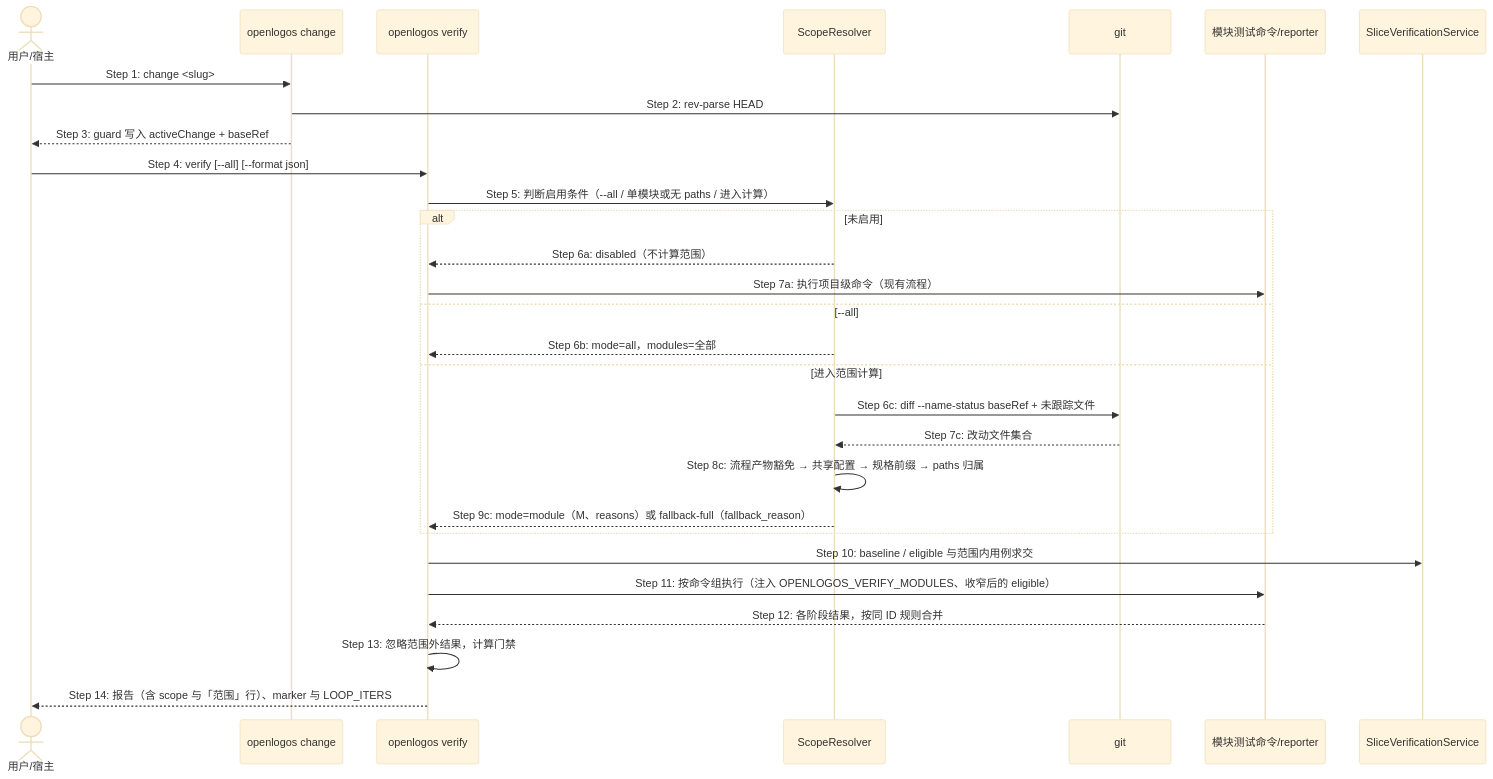
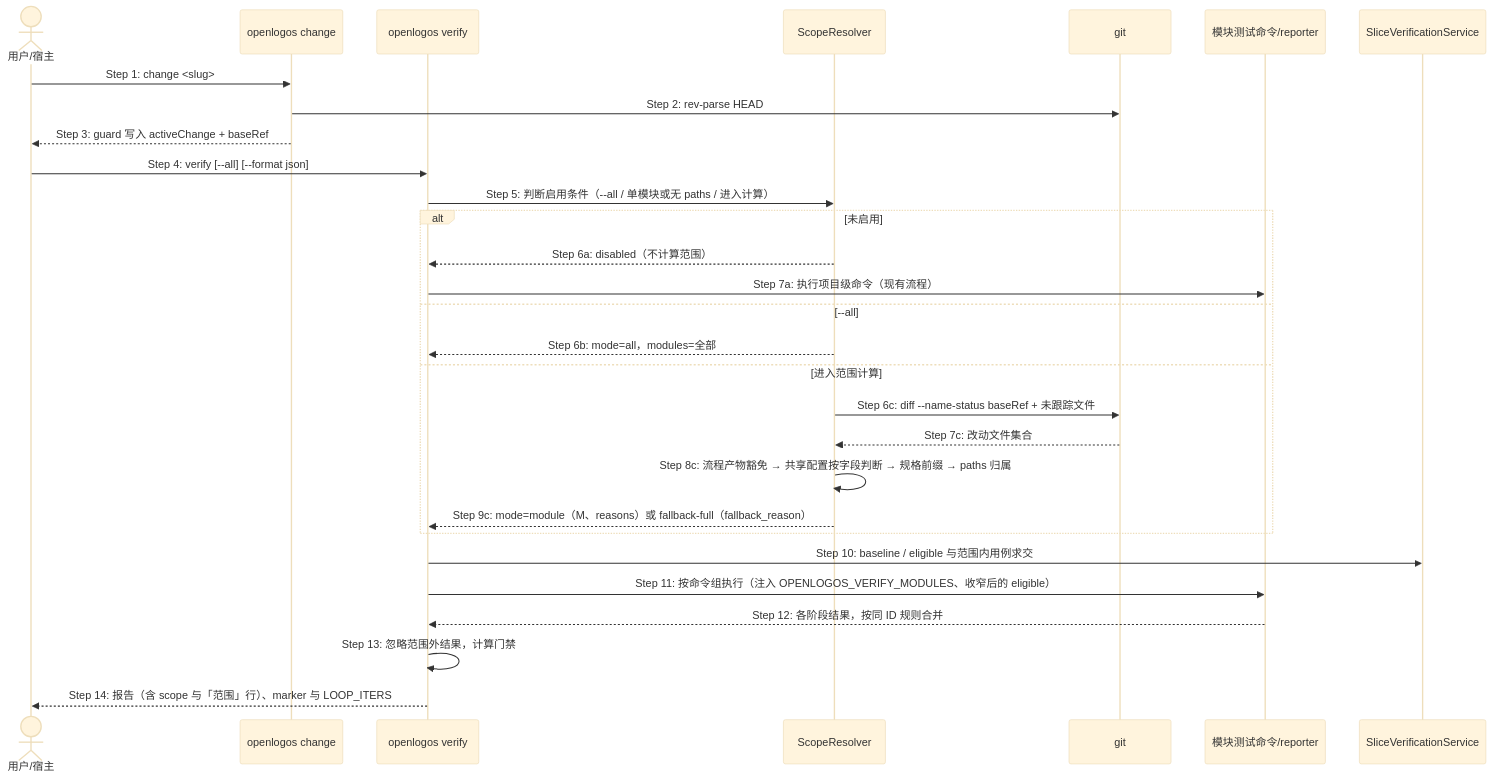
Before and after one commit to miniidealab/openlogos: the ninth of 16 diagrams in logos/resources/prd/3-technical-plan/2-scenario-implementation/core-S13-verify-results.md, drawn with Mermaid (base theme). The commit also changed other lines of this file and 10 other files, not shown here.

````diff
--- a/logos/resources/prd/3-technical-plan/2-scenario-implementation/core-S13-verify-results.md
+++ b/logos/resources/prd/3-technical-plan/2-scenario-implementation/core-S13-verify-results.md
@@ -703,32 +703,32 @@
 ```mermaid
 sequenceDiagram
     actor Caller as 用户/宿主
     participant Change as openlogos change
     participant CLI as openlogos verify
     participant Scope as ScopeResolver
     participant Git as git
     participant Runner as 模块测试命令/reporter
     participant SV as SliceVerificationService
 
     Caller->>Change: Step 1: change <slug>
     Change->>Git: Step 2: rev-parse HEAD
     Change-->>Caller: Step 3: guard 写入 activeChange + baseRef
     Caller->>CLI: Step 4: verify [--all] [--format json]
     CLI->>Scope: Step 5: 判断启用条件（--all / 单模块或无 paths / 进入计算）
     alt 未启用
         Scope-->>CLI: Step 6a: disabled（不计算范围）
         CLI->>Runner: Step 7a: 执行项目级命令（现有流程）
     else --all
         Scope-->>CLI: Step 6b: mode=all，modules=全部
     else 进入范围计算
         Scope->>Git: Step 6c: diff --name-status baseRef + 未跟踪文件
         Git-->>Scope: Step 7c: 改动文件集合
-        Scope->>Scope: Step 8c: 流程产物豁免 → 共享配置 → 规格前缀 → paths 归属
+        Scope->>Scope: Step 8c: 流程产物豁免 → 共享配置按字段判断 → 规格前缀 → paths 归属
         Scope-->>CLI: Step 9c: mode=module（M、reasons）或 fallback-full（fallback_reason）
     end
     CLI->>SV: Step 10: baseline / eligible 与范围内用例求交
     CLI->>Runner: Step 11: 按命令组执行（注入 OPENLOGOS_VERIFY_MODULES、收窄后的 eligible）
     Runner-->>CLI: Step 12: 各阶段结果，按同 ID 规则合并
     CLI->>CLI: Step 13: 忽略范围外结果，计算门禁
     CLI-->>Caller: Step 14: 报告（含 scope 与「范围」行）、marker 与 LOOP_ITERS
 ```
````
